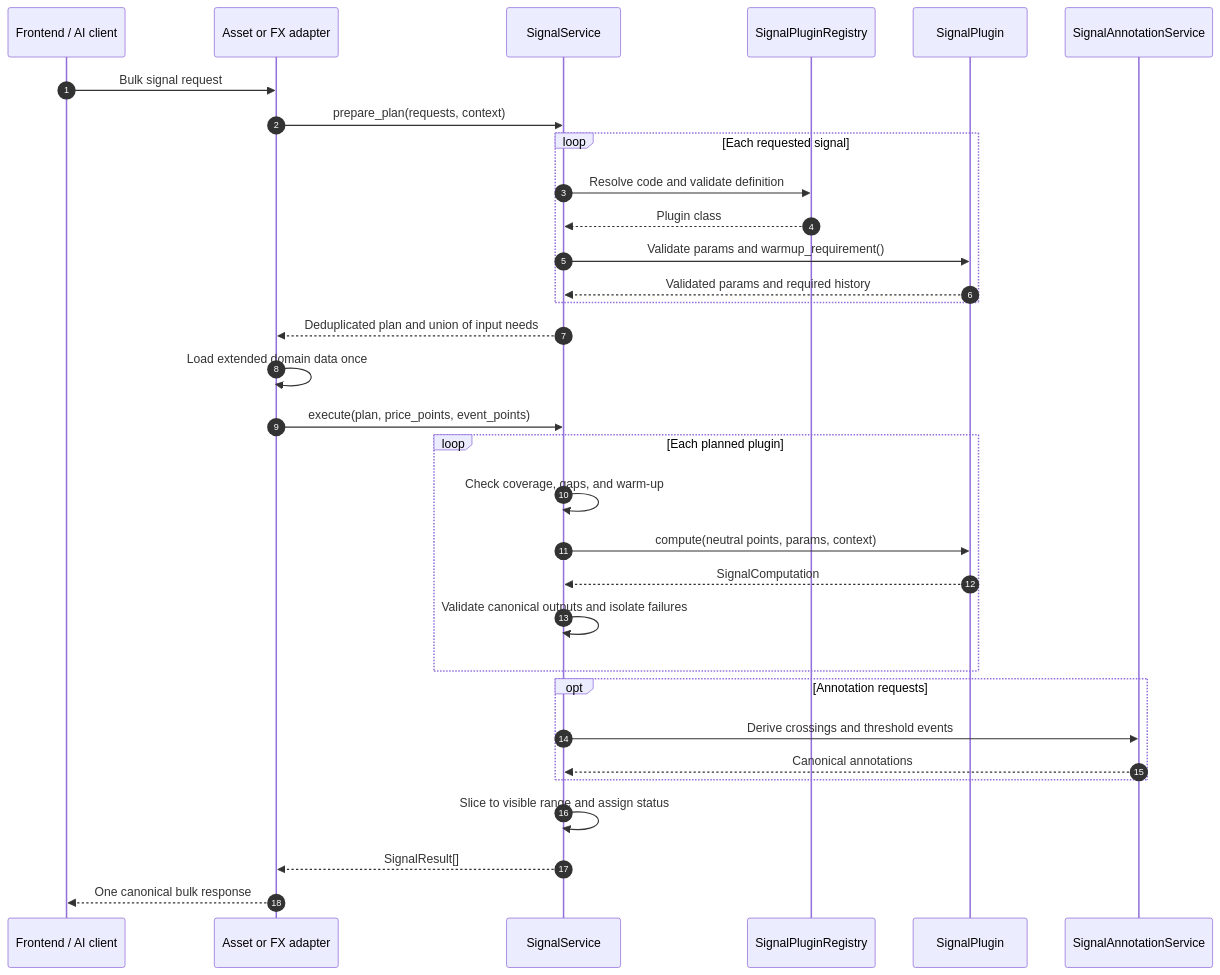
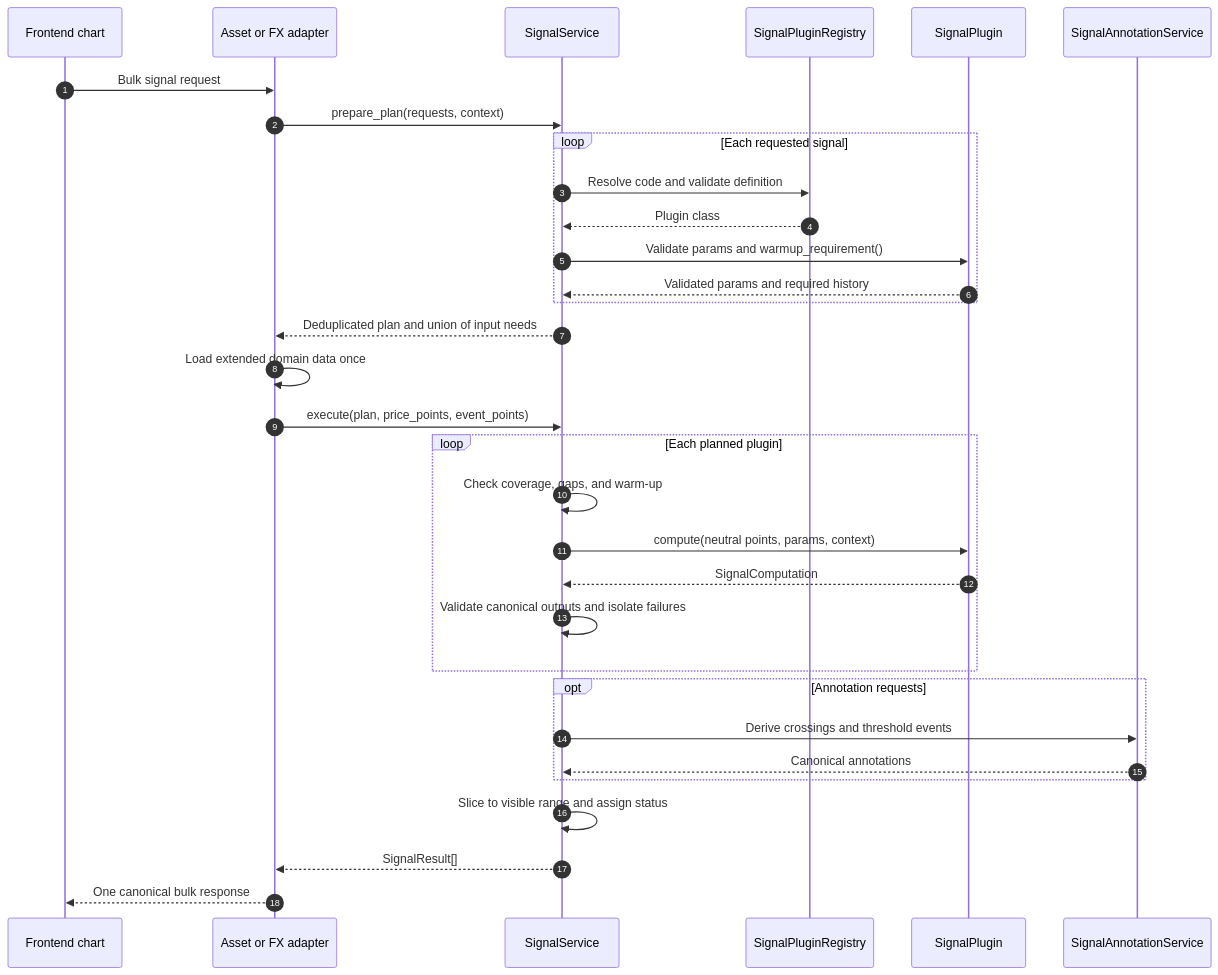
The second of 3 diagrams in mkdocs_src/docs/developer/architecture/patterns/signal_plugin_guide.md (Librefolio/LibreFolio), drawn with Mermaid before and after one commit. The commit also changed other lines of this file and 462 other files, not shown here.

````diff
--- a/mkdocs_src/docs/developer/architecture/patterns/signal_plugin_guide.md
+++ b/mkdocs_src/docs/developer/architecture/patterns/signal_plugin_guide.md
@@ -67,35 +93,35 @@
 ```mermaid
 sequenceDiagram
     autonumber
-    participant C as Frontend / AI client
+    participant C as Frontend chart
     participant A as Asset or FX adapter
     participant S as SignalService
     participant R as SignalPluginRegistry
     participant P as SignalPlugin
     participant N as SignalAnnotationService
 
     C->>A: Bulk signal request
     A->>S: prepare_plan(requests, context)
     loop Each requested signal
         S->>R: Resolve code and validate definition
         R-->>S: Plugin class
         S->>P: Validate params and warmup_requirement()
         P-->>S: Validated params and required history
     end
     S-->>A: Deduplicated plan and union of input needs
     A->>A: Load extended domain data once
     A->>S: execute(plan, price_points, event_points)
     loop Each planned plugin
         S->>S: Check coverage, gaps, and warm-up
         S->>P: compute(neutral points, params, context)
         P-->>S: SignalComputation
         S->>S: Validate canonical outputs and isolate failures
     end
     opt Annotation requests
         S->>N: Derive crossings and threshold events
         N-->>S: Canonical annotations
     end
     S->>S: Slice to visible range and assign status
     S-->>A: SignalResult[]
     A-->>C: One canonical bulk response
 ```
````
